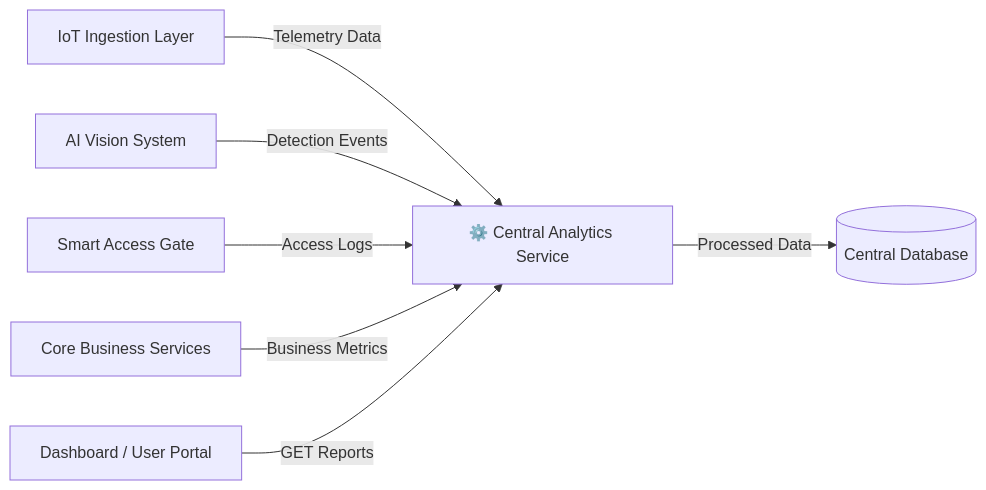
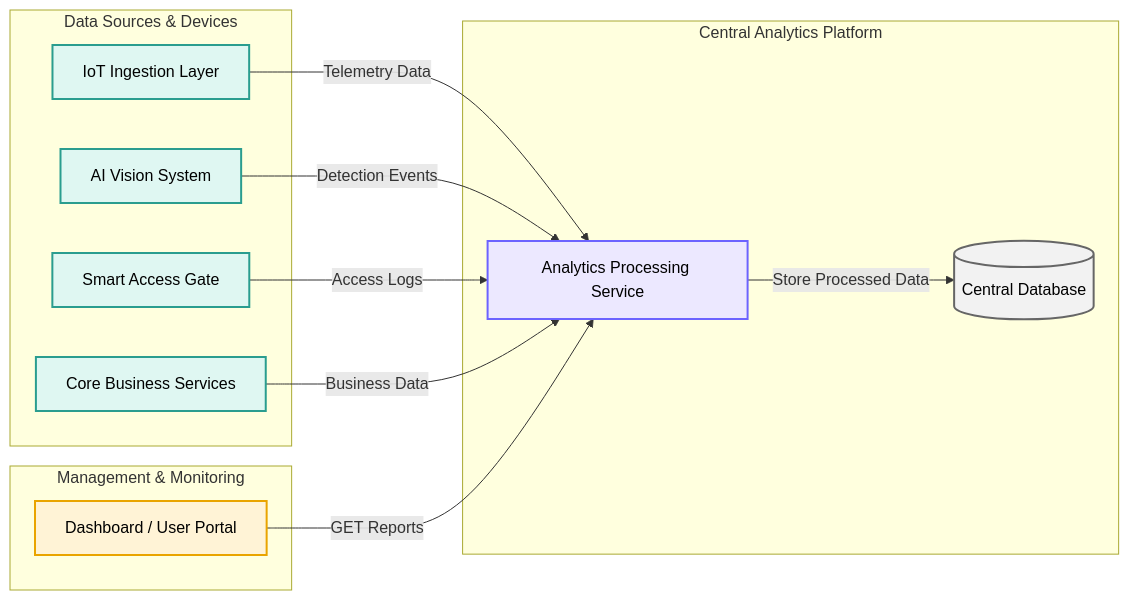
One commit to FIT-17-13/lab1-setup-TheHonnn changed the diagram in evidence/buoi-01/service-boundary.md. Above: the diagram before and after it, drawn with Mermaid.

````diff
--- a/evidence/buoi-01/service-boundary.md
+++ b/evidence/buoi-01/service-boundary.md
@@ -85,15 +85,41 @@
 ```mermaid
 flowchart LR
+subgraph INPUT["Data Sources & Devices"]
 
-IoT[IoT Ingestion Layer] -->|Telemetry Data| Analytics[⚙️ Central Analytics Service]
+    IoT[IoT Ingestion Layer]
+    Camera[AI Vision System]
+    Gate[Smart Access Gate]
+    Core[Core Business Services]
 
-Camera[AI Vision System] -->|Detection Events| Analytics
+end
+subgraph PLATFORM["Central Analytics Platform"]
 
-Gate[Smart Access Gate] -->|Access Logs| Analytics
+    Analytics[Analytics Processing Service]
 
-Core[Core Business Services] -->|Business Metrics| Analytics
+    DB[(Central Database)]
 
-Analytics -->|Processed Data| DB[(Central Database)]
+end
+subgraph USERS["Management & Monitoring"]
 
-Dashboard[Dashboard / User Portal] -->|GET Reports| Analytics
+    Dashboard[Dashboard / User Portal]
+
+end
+IoT -->|Telemetry Data| Analytics
+Camera -->|Detection Events| Analytics
+Gate -->|Access Logs| Analytics
+Core -->|Business Data| Analytics
+
+Analytics -->|Store Processed Data| DB
+
+Dashboard -- GET Reports --> Analytics
+
+classDef source fill:#dff7f2,stroke:#2a9d8f,color:#000,stroke-width:2px;
+classDef service fill:#ece8ff,stroke:#6c63ff,color:#000,stroke-width:2px;
+classDef database fill:#f2f2f2,stroke:#666,color:#000,stroke-width:2px;
+classDef dashboard fill:#fff3d6,stroke:#e9a400,color:#000,stroke-width:2px;
+
+class IoT,Camera,Gate,Core source;
+class Analytics service;
+class DB database;
+class Dashboard dashboard;
 ```
````
